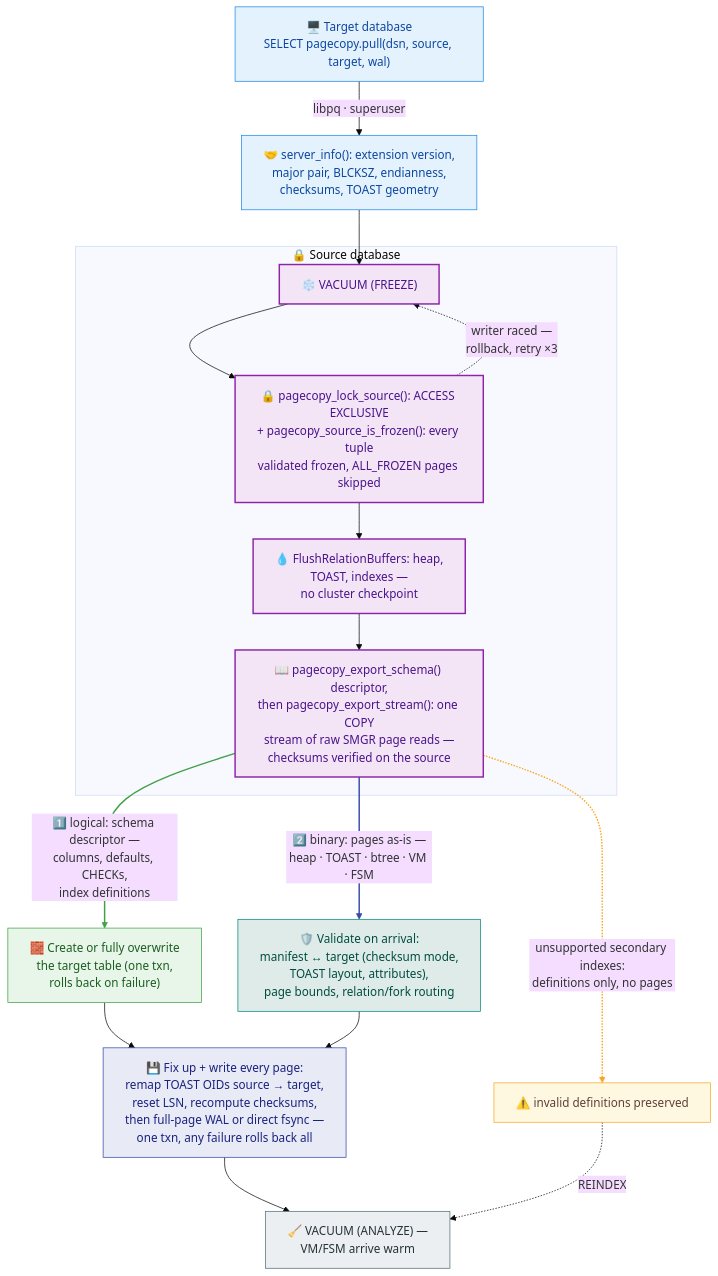
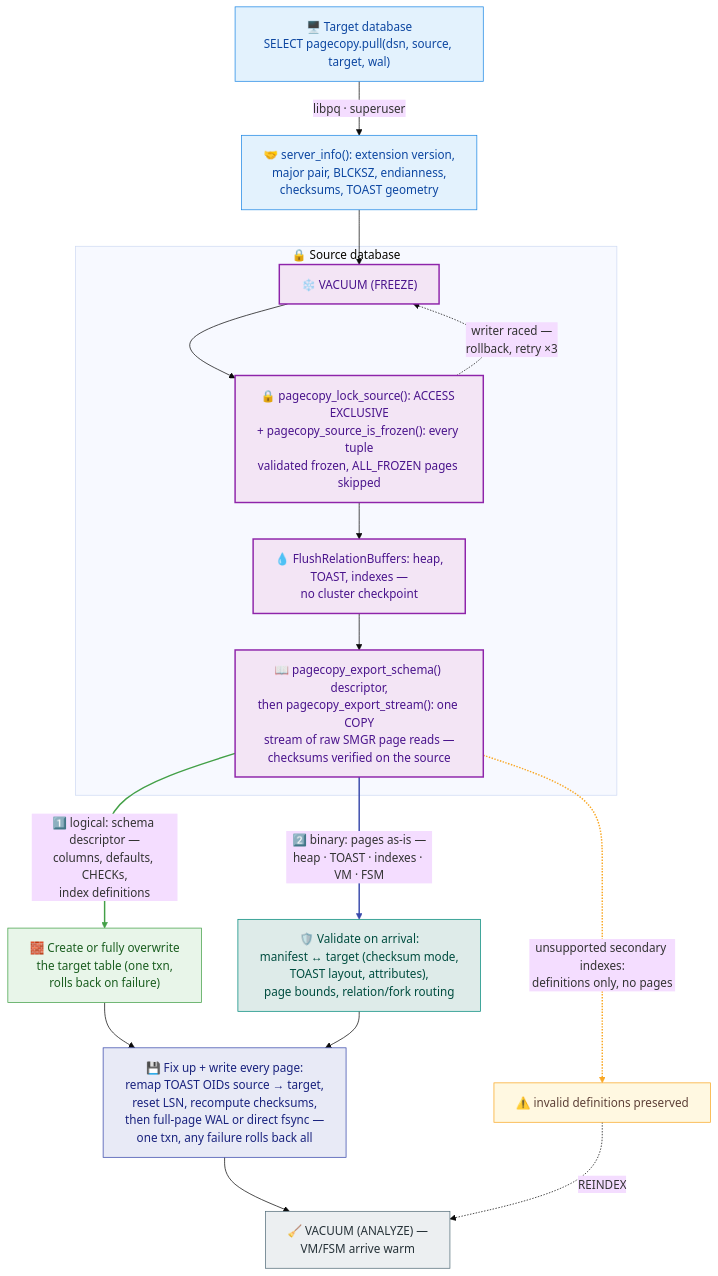
The diagram in README.md (pgtoolz/pg_pagecopy), drawn with Mermaid (base theme) before and after one commit. The commit also changed other lines of this file and 20 other files, not shown here.

````diff
--- a/README.md
+++ b/README.md
@@ -57,44 +55,44 @@
 ```mermaid
 %%{init: {"flowchart": {"wrappingWidth": 280}}}%%
 flowchart TD
     entry["🖥️ Target database<br/>SELECT pagecopy.pull(dsn, source, target, wal)"]
     entry -->|"libpq · superuser"| hs["🤝 server_info(): extension version,<br/>major pair, BLCKSZ, endianness,<br/>checksums, TOAST geometry"]
 
     subgraph SOURCE["🔒 Source database"]
         freeze["❄️ VACUUM (FREEZE)"]
         freeze --> lock["🔒 pagecopy_lock_source(): ACCESS EXCLUSIVE<br/>+ pagecopy_source_is_frozen(): every tuple<br/>validated frozen, ALL_FROZEN pages skipped"]
         lock --> flush["💧 FlushRelationBuffers: heap,<br/>TOAST, indexes —<br/>no cluster checkpoint"]
         flush --> read["📖 pagecopy_export_schema() descriptor,<br/>then pagecopy_export_stream(): one COPY<br/>stream of raw SMGR page reads —<br/>checksums verified on the source"]
     end
 
     hs --> freeze
     lock -.->|"writer raced —<br/>rollback, retry ×3"| freeze
 
     read -->|"1️⃣ logical: schema descriptor —<br/>columns, defaults, CHECKs,<br/>index definitions"| create["🧱 Create or fully overwrite<br/>the target table (one txn,<br/>rolls back on failure)"]
-    read -->|"2️⃣ binary: pages as-is —<br/>heap · TOAST · btree · VM · FSM"| fixup["🛡️ Validate on arrival:<br/>manifest ↔ target (checksum mode,<br/>TOAST layout, attributes),<br/>page bounds, relation/fork routing"]
+    read -->|"2️⃣ binary: pages as-is —<br/>heap · TOAST · indexes · VM · FSM"| fixup["🛡️ Validate on arrival:<br/>manifest ↔ target (checksum mode,<br/>TOAST layout, attributes),<br/>page bounds, relation/fork routing"]
     read -.->|"unsupported secondary indexes:<br/>definitions only, no pages"| invalid["⚠️ invalid definitions preserved"]
 
     create --> write
     fixup --> write["💾 Fix up + write every page:<br/>remap TOAST OIDs source → target,<br/>reset LSN, recompute checksums,<br/>then full-page WAL or direct fsync —<br/>one txn, any failure rolls back all"]
     write --> done["🧹 VACUUM (ANALYZE) —<br/>VM/FSM arrive warm"]
     invalid -.->|"REINDEX"| done
 
     linkStyle 6 stroke:#43a047,stroke-width:2px
     linkStyle 7 stroke:#3949ab,stroke-width:2px
     linkStyle 8 stroke:#f9a825,stroke-width:2px
 
     classDef control fill:#e3f2fd,stroke:#1e88e5,color:#0d47a1
     classDef src fill:#f3e5f5,stroke:#8e24aa,stroke-width:2px,color:#4a148c
     classDef logical fill:#e8f5e9,stroke:#43a047,color:#1b5e20
     classDef binary fill:#e8eaf6,stroke:#3949ab,color:#1a237e
     classDef shield fill:#deebe9,stroke:#00897b,color:#004d40
     classDef warn fill:#fff8e1,stroke:#f9a825,color:#5d4037
     classDef edge fill:#eceff1,stroke:#546e7a,color:#263238
     class entry,hs control
     class freeze,lock,flush,read src
     class create logical
     class fixup shield
     class write binary
     class invalid warn
     class done edge
 ```
````
